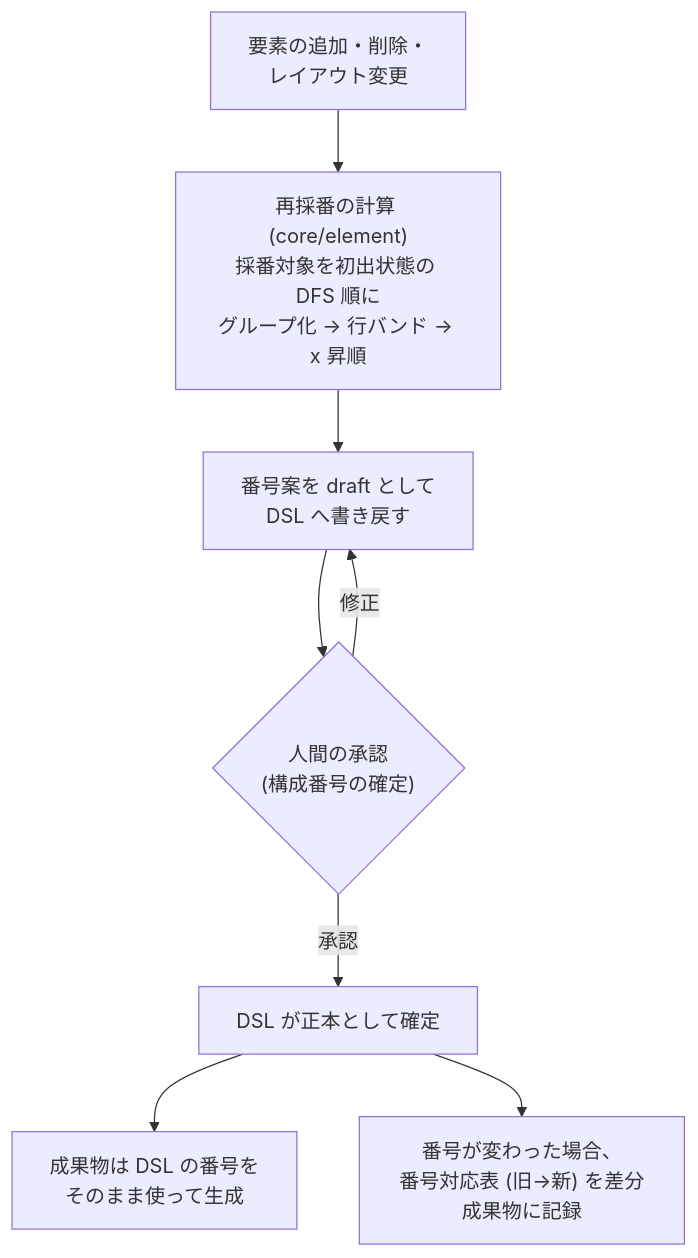
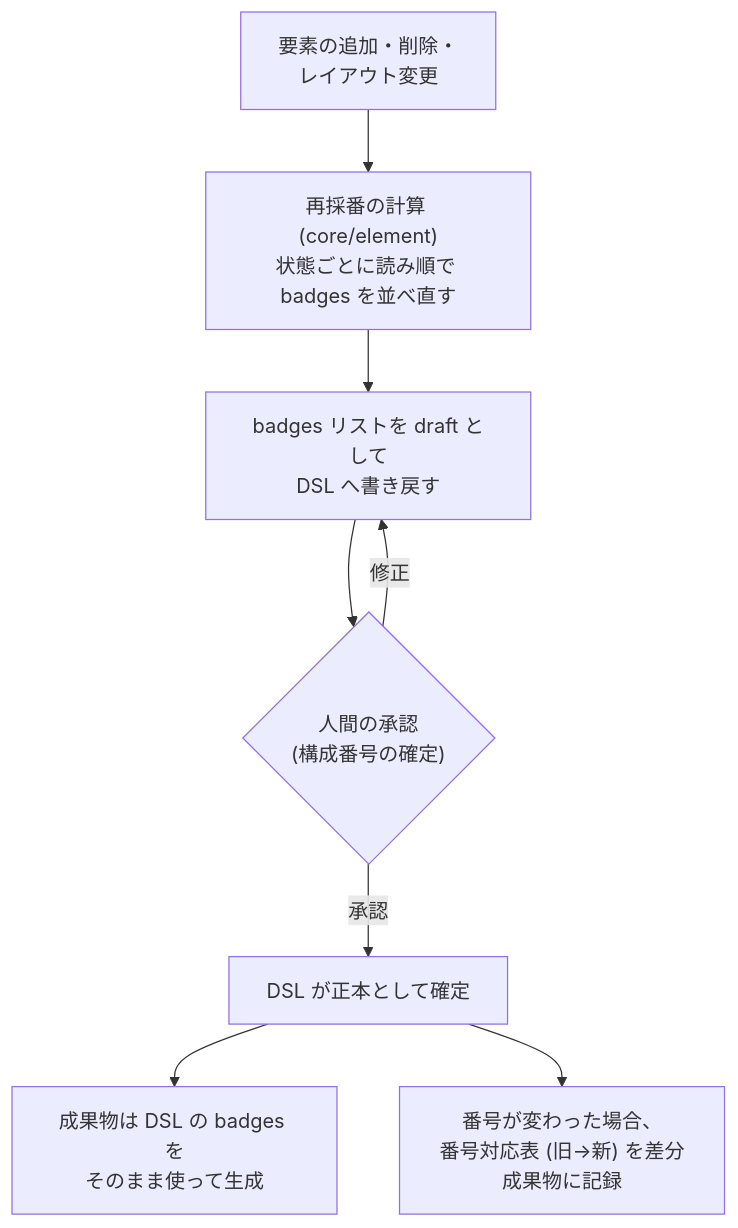
Before and after one commit to Fukuemon/screen-contract: the diagram in adr/0005-renumbering.md, drawn with Mermaid. The commit also changed other lines of this file and 8 other files, not shown here.

````diff
--- a/adr/0005-renumbering.md
+++ b/adr/0005-renumbering.md
@@ -30,10 +29,10 @@
 ```mermaid
 flowchart TD
-    A["要素の追加・削除・<br/>レイアウト変更"] --> B["再採番の計算 (core/element)<br/>採番対象を初出状態の DFS 順に<br/>グループ化 → 行バンド → x 昇順"]
-    B --> C["番号案を draft として<br/>DSL へ書き戻す"]
+    A["要素の追加・削除・<br/>レイアウト変更"] --> B["再採番の計算 (core/element)<br/>状態ごとに読み順で badges を並べ直す"]
+    B --> C["badges リストを draft として<br/>DSL へ書き戻す"]
     C --> D{"人間の承認<br/>(構成番号の確定)"}
     D -->|承認| E["DSL が正本として確定"]
     D -->|修正| C
-    E --> F["成果物は DSL の番号を<br/>そのまま使って生成"]
+    E --> F["成果物は DSL の badges を<br/>そのまま使って生成"]
     E --> G["番号が変わった場合、<br/>番号対応表 (旧→新) を差分成果物に記録"]
 ```
````
